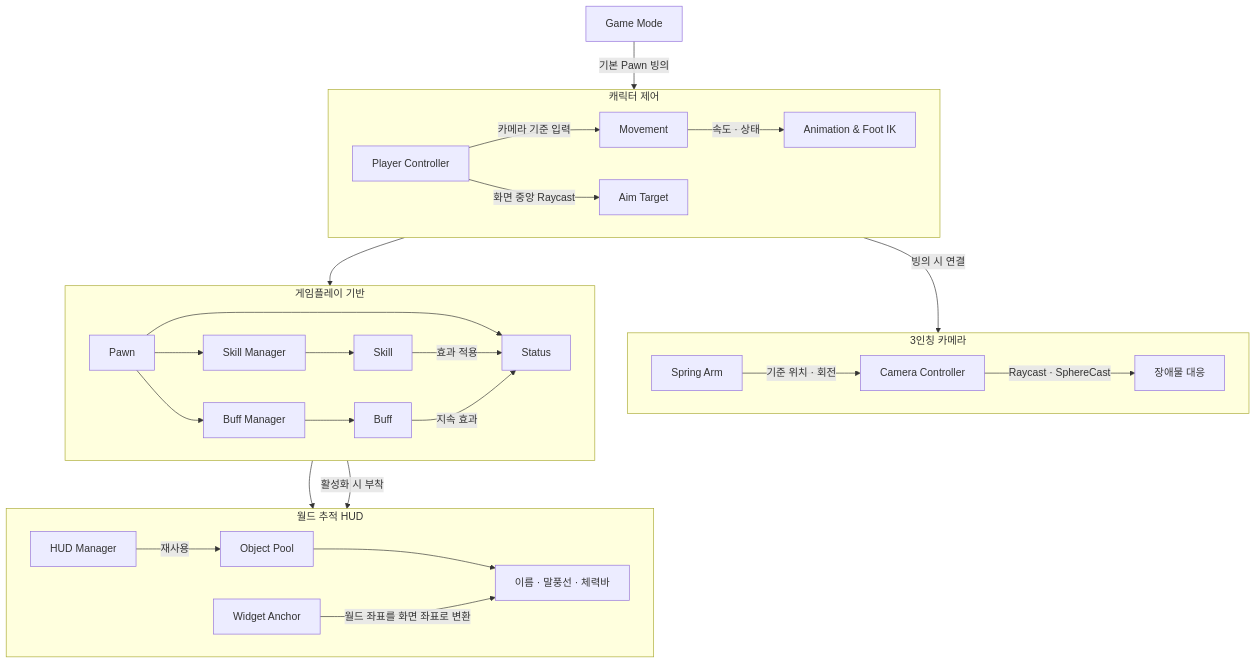
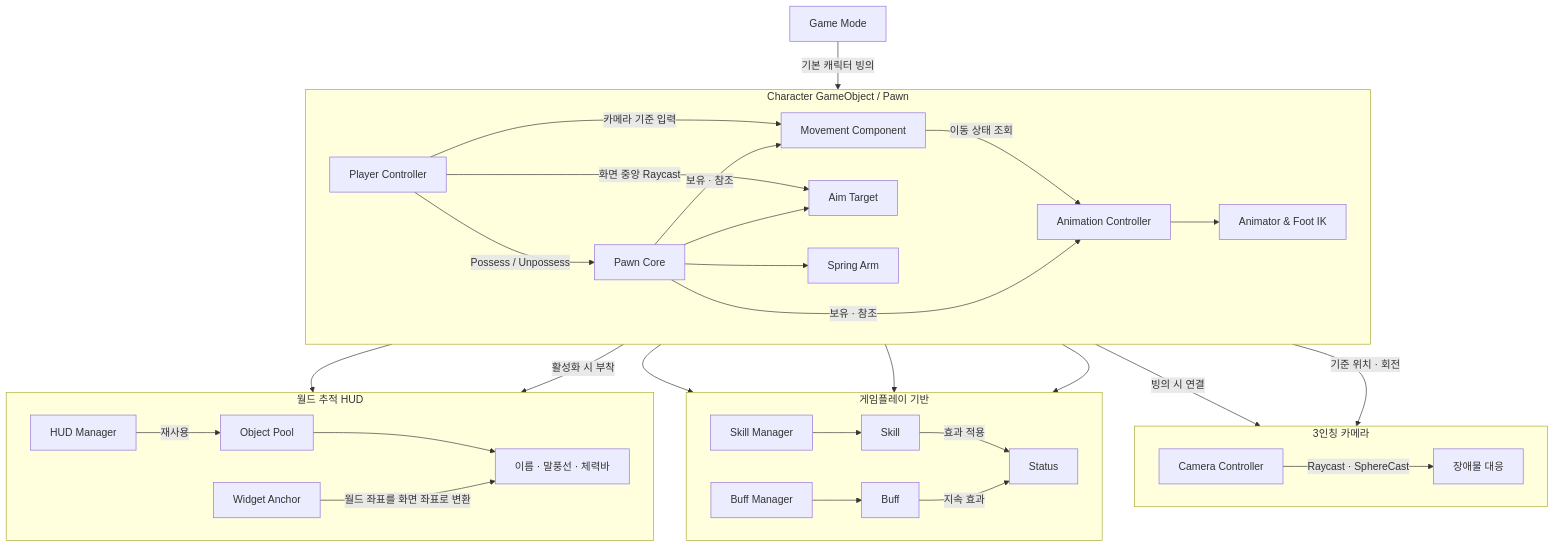
Before and after one commit to MDJ0126/DJUnityFramework: the diagram in README.md, drawn with Mermaid. The commit also changed other lines of this file, not shown here.

````diff
--- a/README.md
+++ b/README.md
@@ -33,40 +33,45 @@
 ```mermaid
 flowchart TB
-    GameMode[Game Mode] -->|기본 Pawn 빙의| Controller[Player Controller]
+    GameMode[Game Mode] -->|기본 캐릭터 빙의| Controller[Player Controller]
 
-    subgraph Control[캐릭터 제어]
+    subgraph Character[Character GameObject / Pawn]
         direction LR
-        Controller -->|카메라 기준 입력| Movement[Movement]
-        Movement -->|속도 · 상태| Animation[Animation & Foot IK]
-        Controller -->|화면 중앙 Raycast| Aim[Aim Target]
+        Pawn[Pawn Core] -->|보유 · 참조| Movement[Movement Component]
+        Pawn -->|보유 · 참조| Animation[Animation Controller]
+        Pawn --> Aim[Aim Target]
+        Pawn --> SpringArm[Spring Arm]
+        Controller -->|카메라 기준 입력| Movement
+        Movement -->|이동 상태 조회| Animation
+        Animation --> FootIK[Animator & Foot IK]
+        Controller -->|화면 중앙 Raycast| Aim
     end
 
     subgraph Camera[3인칭 카메라]
         direction LR
         Controller -->|빙의 시 연결| CameraController[Camera Controller]
-        SpringArm[Spring Arm] -->|기준 위치 · 회전| CameraController
+        SpringArm -->|기준 위치 · 회전| CameraController
         CameraController -->|Raycast · SphereCast| Collision[장애물 대응]
     end
 
-    Controller --> Pawn[Pawn]
+    Controller -->|Possess / Unpossess| Pawn
 
     subgraph Gameplay[게임플레이 기반]
         direction LR
         Pawn --> SkillManager[Skill Manager]
         Pawn --> BuffManager[Buff Manager]
         Pawn --> Status[Status]
         SkillManager --> Skill[Skill]
         BuffManager --> Buff[Buff]
         Skill -->|효과 적용| Status
         Buff -->|지속 효과| Status
     end
 
     subgraph UI[월드 추적 HUD]
         direction LR
         Pawn --> Anchor[Widget Anchor]
         Pawn -->|활성화 시 부착| HUDManager[HUD Manager]
         HUDManager -->|재사용| Pool[Object Pool]
         Pool --> FollowHUD[이름 · 말풍선 · 체력바]
         Anchor -->|월드 좌표를 화면 좌표로 변환| FollowHUD
     end
 ```
````
